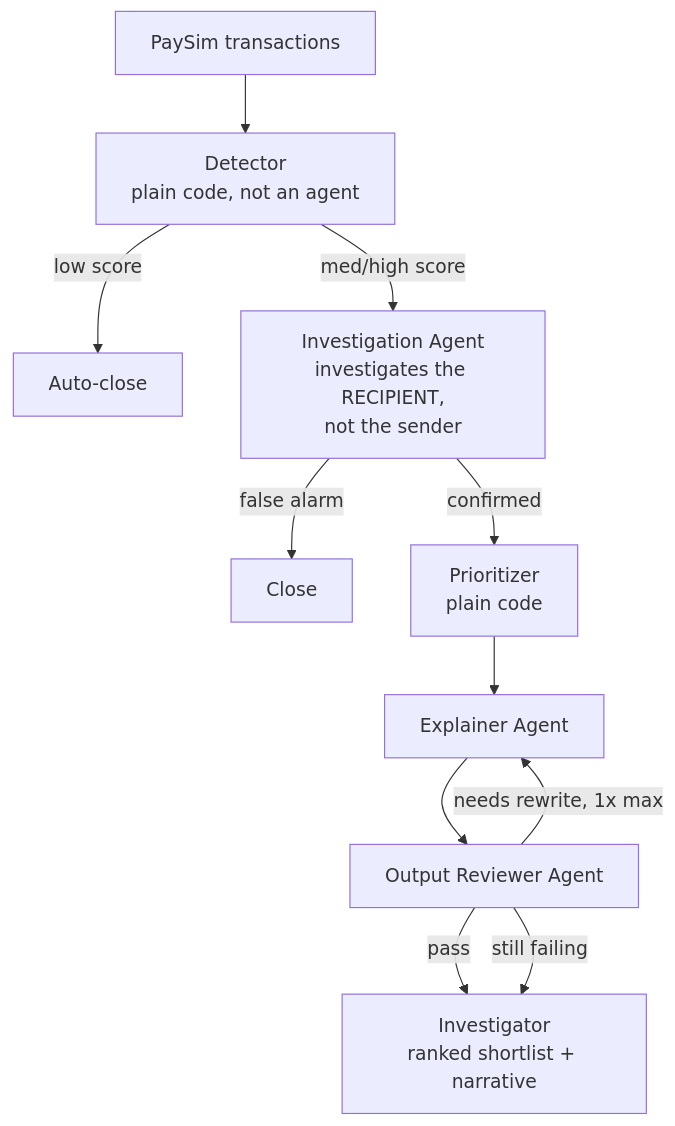
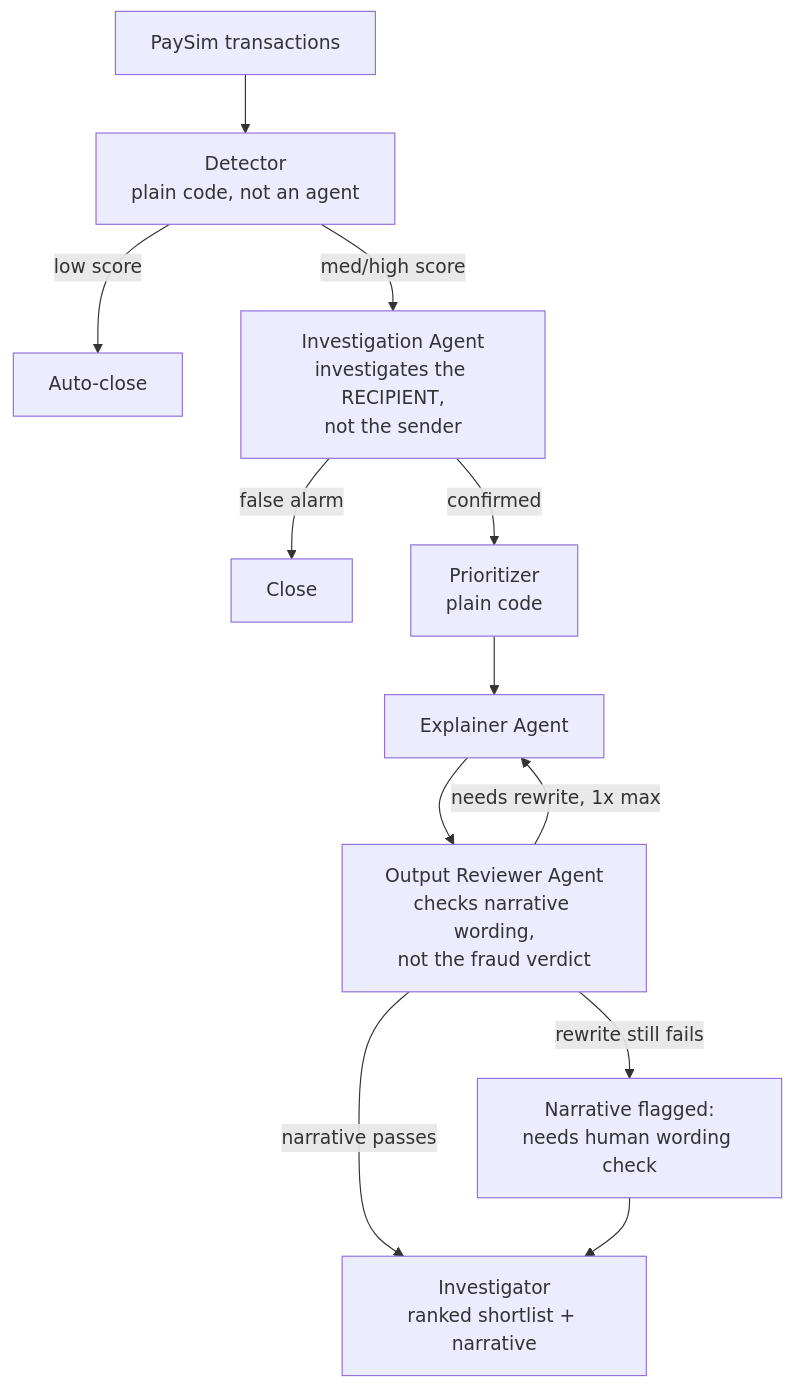
The diagram in docs/architecture.md (zhaoxian0728/Agentic-AML-Triage), drawn with Mermaid before and after one commit. The commit also changed other lines of this file, not shown here.

Commit message:
clarify output reviewer checks narrative wording, not fraud verdict, in pipeline diagram

````diff
--- a/docs/architecture.md
+++ b/docs/architecture.md
@@ -39,13 +39,14 @@
 ```mermaid
 flowchart TD
     A[PaySim transactions] --> B[Detector<br/>plain code, not an agent]
     B -->|low score| C[Auto-close]
     B -->|med/high score| D[Investigation Agent<br/>investigates the RECIPIENT,<br/>not the sender]
     D -->|false alarm| E[Close]
     D -->|confirmed| F[Prioritizer<br/>plain code]
     F --> G[Explainer Agent]
-    G --> H[Output Reviewer Agent]
-    H -->|pass| I[Investigator<br/>ranked shortlist + narrative]
+    G --> H[Output Reviewer Agent<br/>checks narrative wording,<br/>not the fraud verdict]
+    H -->|narrative passes| I[Investigator<br/>ranked shortlist + narrative]
     H -->|needs rewrite, 1x max| G
-    H -->|still failing| I
+    H -->|rewrite still fails| K[Narrative flagged:<br/>needs human wording check]
+    K --> I
 ```
````
